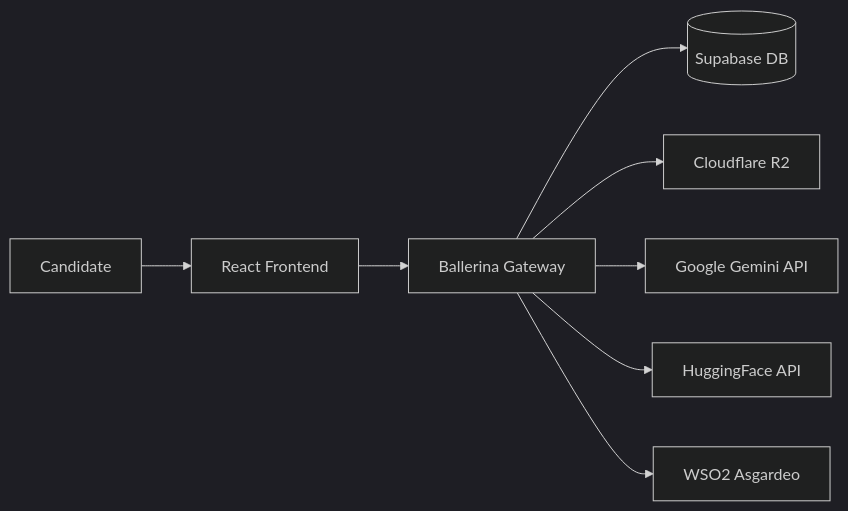
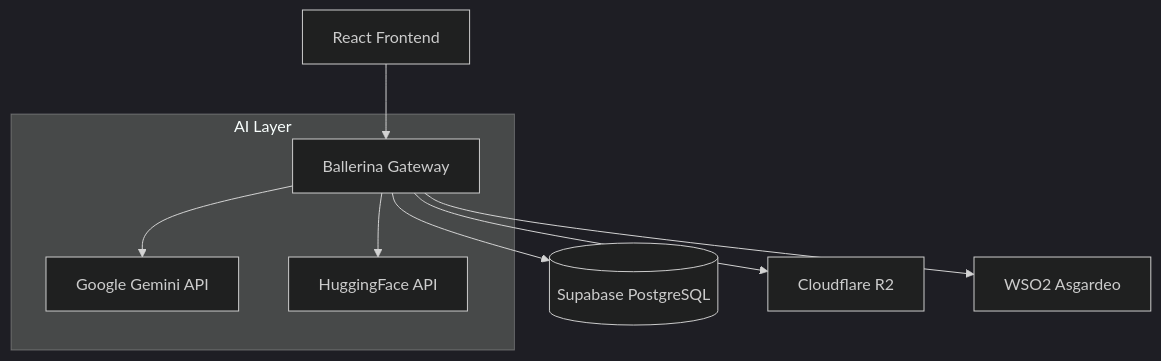
Before and after one commit to HasithaErandika/EquiHire-Core: the diagram in README.md, drawn with Mermaid (dark theme). The commit also changed other lines of this file, not shown here.

````diff
--- a/README.md
+++ b/README.md
@@ -59,10 +59,12 @@
 ```mermaid
-graph LR
-    A[Candidate] --> B[React Frontend]
-    B --> C[Ballerina Gateway]
-    C --> D[(Supabase DB)]
-    C --> E[Cloudflare R2]
-    C --> F[Google Gemini API]
-    C --> G[HuggingFace API]
-    C --> H[WSO2 Asgardeo]
+graph TD
+    Client[React Frontend] --> Gateway[Ballerina Gateway]
+    Gateway --> Persistence[(Supabase PostgreSQL)]
+    Gateway --> Storage[Cloudflare R2]
+    Gateway --> Identity[WSO2 Asgardeo]
+    
+    subgraph AI Layer
+        Gateway --> Gemini[Google Gemini API]
+        Gateway --> HF[HuggingFace API]
+    end
 ```
````
